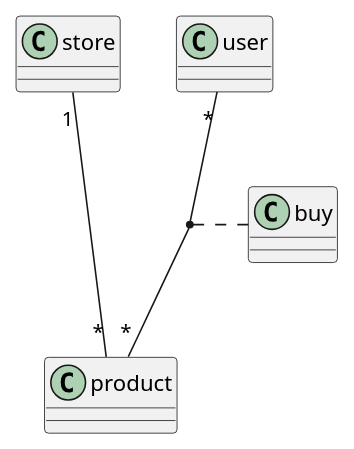
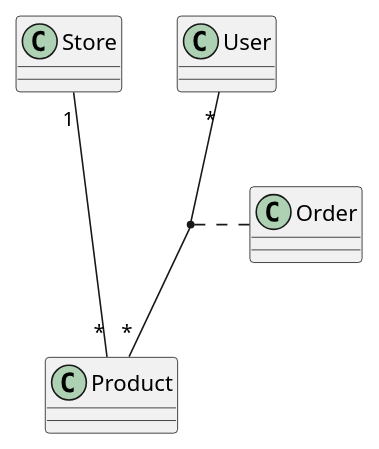
Before and after one commit to 2223-4bhitm-sew/01-microproject-angerermona: the diagram in asciidocs/plantuml/erd.puml, drawn with PlantUML. The commit also changed 2 other files, not shown here.

```diff
--- a/asciidocs/plantuml/erd.puml
+++ b/asciidocs/plantuml/erd.puml
@@ -1,18 +1,18 @@
 @startuml
 
-class user {
+class User {
 }
 
-class store {
+class Store {
 }
 
-class product {
+class Product {
 }
 
 
-user "*" -- "*" product
-(user, product) .. buy
-store "1" --- "*" product
+User "*" -- "*" Product
+(User, Product) .. Order
+Store "1" --- "*" Product
 
 
 @enduml
```
